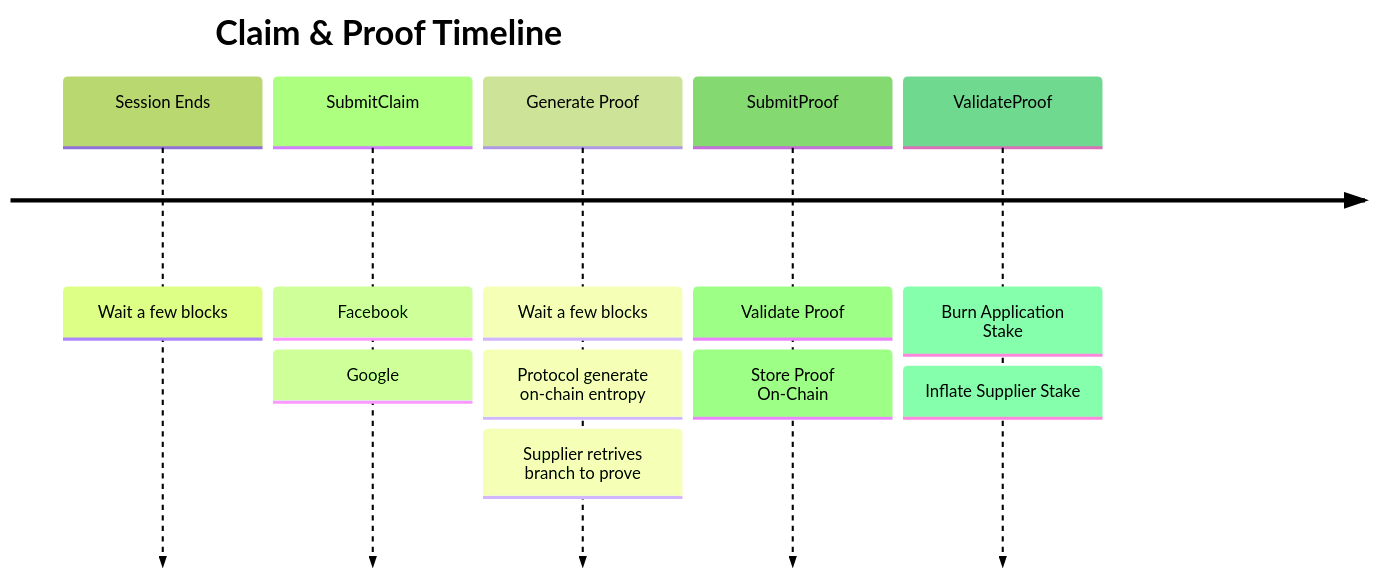
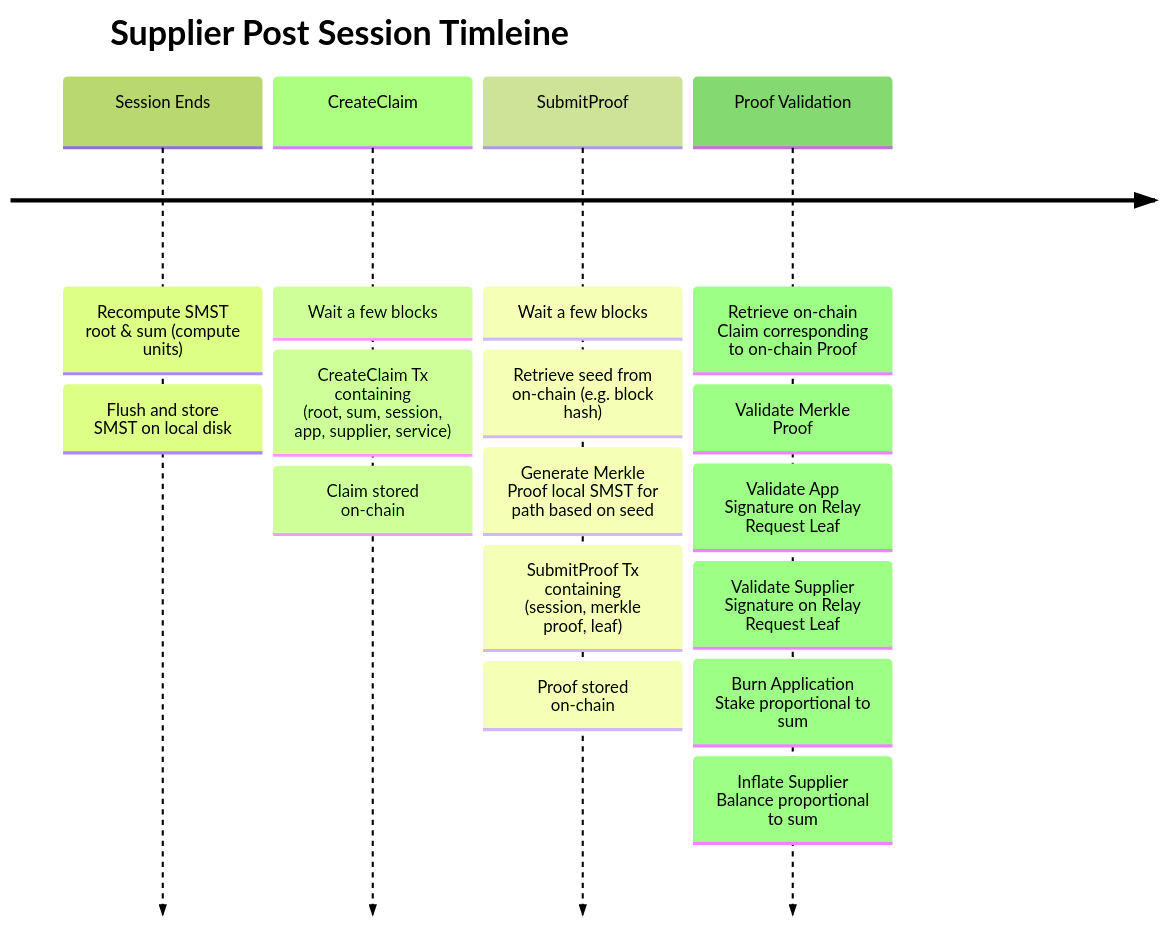
Before and after one commit to pokt-network/poktroll: the second of 8 diagrams in docusaurus/docs/protocol/claim_and_proof_lifecycle.md, drawn with Mermaid (forest theme). The commit also changed other lines of this file and 1 other file, not shown here.

Commit message:
Finished first iteration of the claim & proof lifecycle docs

````diff
--- a/docusaurus/docs/protocol/claim_and_proof_lifecycle.md
+++ b/docusaurus/docs/protocol/claim_and_proof_lifecycle.md
@@ -109,21 +99,24 @@
 ```Mermaid
----
-title: After Session Ends
----
 timeline
-    title Claim & Proof Timeline
+    title Supplier Post Session Timleine
     Session Ends
+        : Recompute SMST root & sum (compute units)
+        : Flush and store SMST on local disk
+    CreateClaim
         : Wait a few blocks
-    SubmitClaim
-        : Facebook : Google
-    Generate Proof
+        : CreateClaim Tx containing <br>(root, sum, session, app, supplier, service)
+        : Claim stored on-chain
+    SubmitProof
         : Wait a few blocks
-        : Protocol generate on-chain entropy
-        : Supplier retrives branch to prove
-    SubmitProof
-        : Validate Proof
-        : Store Proof On-Chain
-    ValidateProof
-        : Burn Application Stake
-        : Inflate Supplier Stake
+        : Retrieve seed from on-chain (e.g. block hash)
+        : Generate Merkle Proof local SMST for path based on seed
+        : SubmitProof Tx containing <br>(session, merkle proof, leaf)
+        : Proof stored on-chain
+    Proof Validation
+        : Retrieve on-chain Claim corresponding to on-chain Proof
+        : Validate Merkle Proof
+        : Validate App Signature on Relay Request Leaf
+        : Validate Supplier Signature on Relay Request Leaf
+        : Burn Application Stake proportional to sum
+        : Inflate Supplier Balance  proportional to sum
 ```
````
